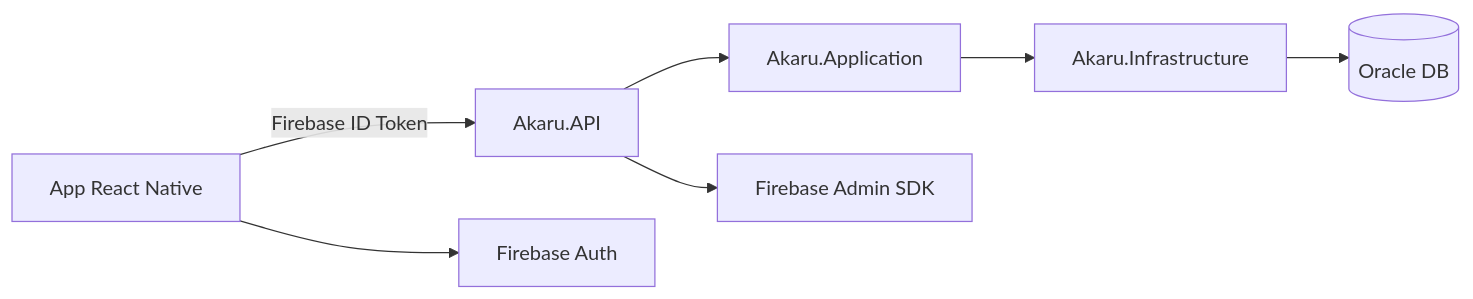
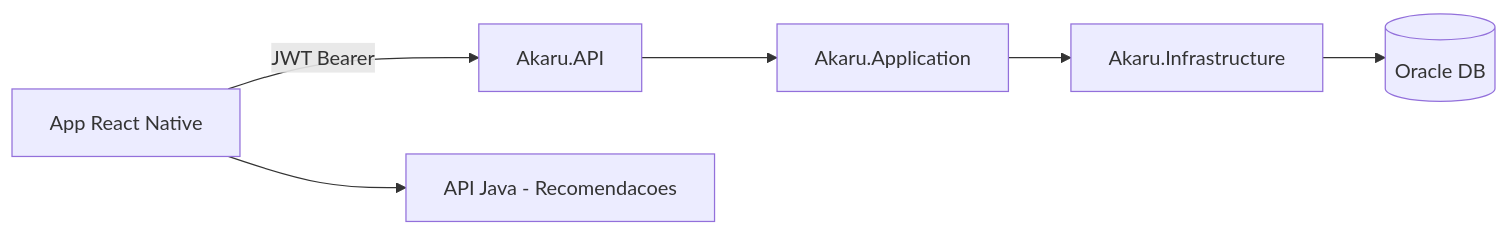
One commit to juanxto/AkaruAPI changed the diagram in docs/architecture.md. Above: the diagram before and after it, drawn with Mermaid. The commit also changed other lines of this file and 25 other files, not shown here.

First line of the commit message:
Substitui Firebase por autenticacao JWT e atualiza documentacao da GS.

````diff
--- a/docs/architecture.md
+++ b/docs/architecture.md
@@ -15,9 +15,8 @@
 ```mermaid
 flowchart LR
-    Mobile[App React Native] -->|Firebase ID Token| API[Akaru.API]
+    Mobile[App React Native] -->|JWT Bearer| API[Akaru.API]
     API --> App[Akaru.Application]
     App --> Infra[Akaru.Infrastructure]
     Infra --> Oracle[(Oracle DB)]
-    Mobile --> Firebase[Firebase Auth]
-    API --> FirebaseAdmin[Firebase Admin SDK]
+    Mobile --> Java[API Java - Recomendacoes]
 ```
````
